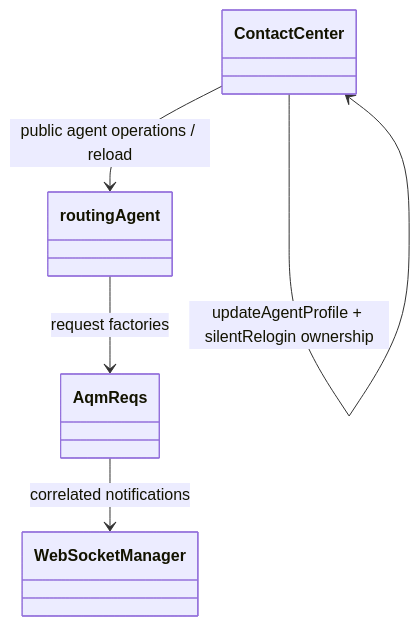
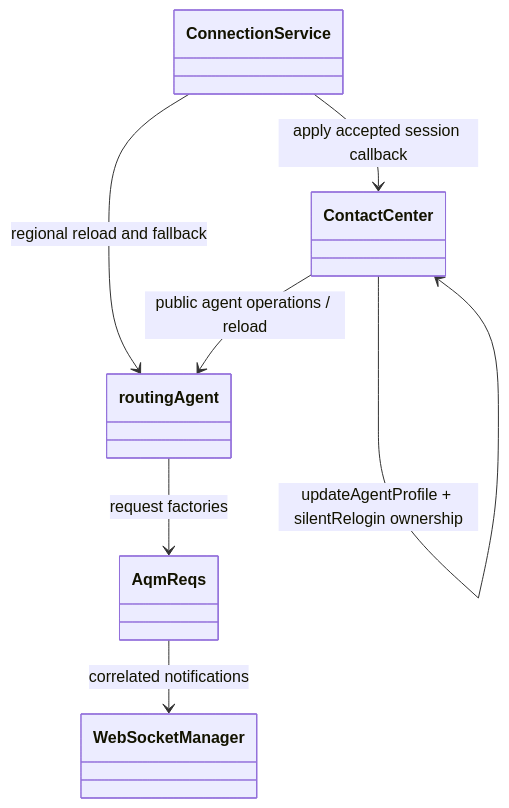
Before and after one commit to webex/webex-js-sdk: the seventh of 7 diagrams in packages/@webex/contact-center/src/services/agent/docs/README.md, drawn with Mermaid. The commit also changed other lines of this file and 17 other files, not shown here.

Commit message:
refactor(contact-center): centralize regional recovery in connection service

````diff
--- a/packages/@webex/contact-center/src/services/agent/docs/README.md
+++ b/packages/@webex/contact-center/src/services/agent/docs/README.md
@@ -556,11 +560,14 @@
 ```mermaid
 classDiagram
   class ContactCenter
+  class ConnectionService
   class routingAgent
   class AqmReqs
   class WebSocketManager
   ContactCenter --> routingAgent : public agent operations / reload
+  ConnectionService --> routingAgent : regional reload and fallback
+  ConnectionService --> ContactCenter : apply accepted session callback
   routingAgent --> AqmReqs : request factories
   AqmReqs --> WebSocketManager : correlated notifications
   ContactCenter --> ContactCenter : updateAgentProfile + silentRelogin ownership
 ```
````
